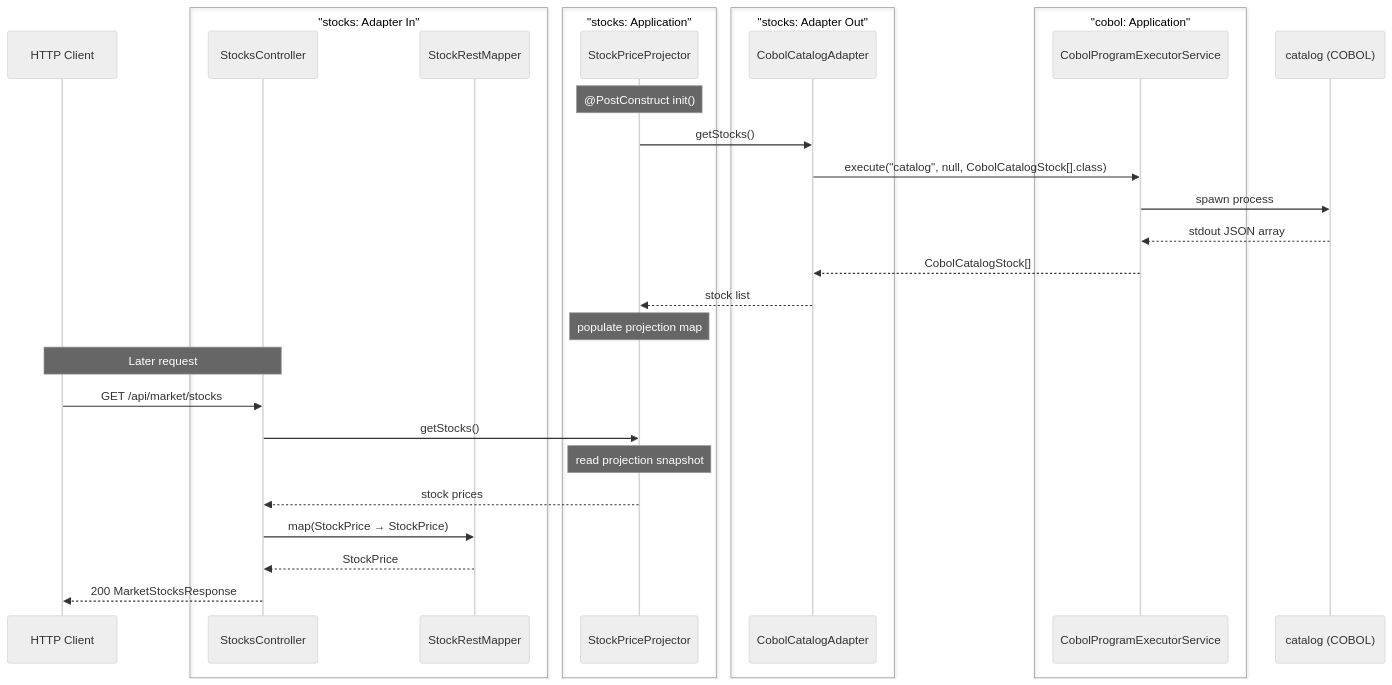
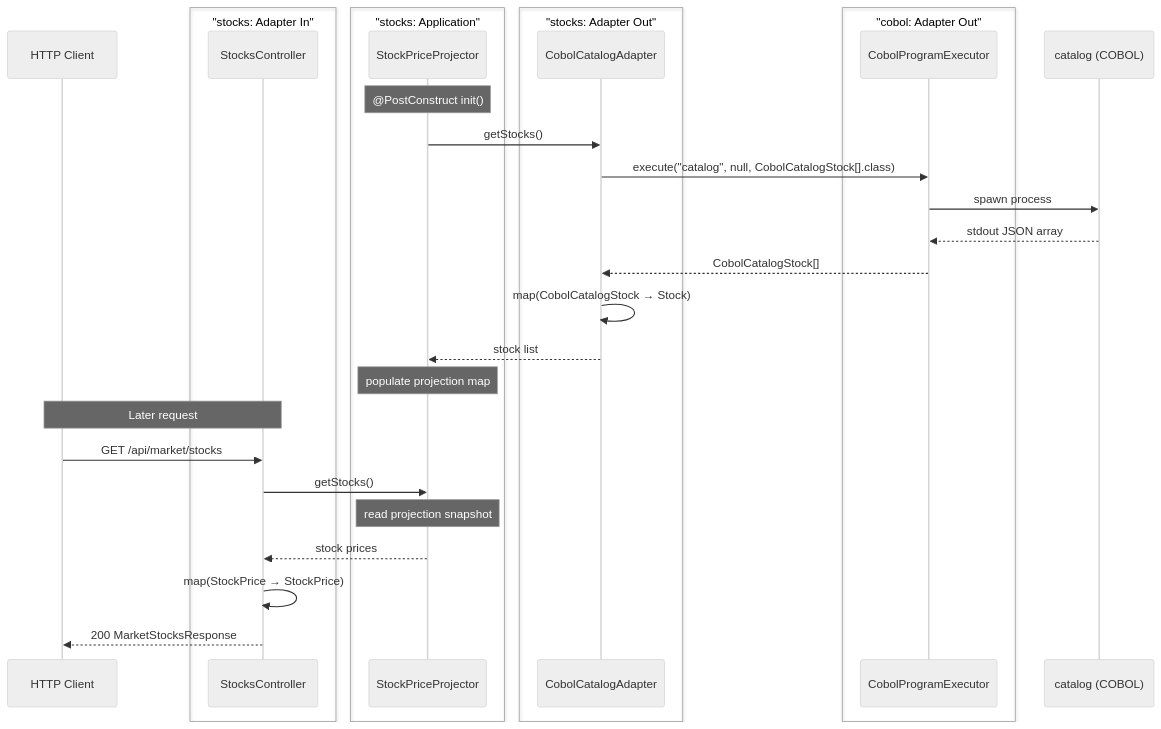
One commit to franBec/stonks-simulator changed the fourth of 7 diagrams in stonks_java/README.md. Above: the diagram before and after it, drawn with Mermaid (neutral theme). The commit also changed other lines of this file and 9 other files, not shown here.

First line of the commit message:
Fix modulith module boundaries for cobol/config and update README diagrams

````diff
--- a/stonks_java/README.md
+++ b/stonks_java/README.md
@@ -116,36 +118,35 @@
 ```mermaid
 sequenceDiagram
     participant Client as HTTP Client
     box "stocks: Adapter In"
     participant SC as StocksController
-    participant SRM as StockRestMapper
     end
     box "stocks: Application"
     participant SPP as StockPriceProjector
     end
     box "stocks: Adapter Out"
     participant CCA as CobolCatalogAdapter
     end
-    box "cobol: Application"
-    participant CPE as CobolProgramExecutorService
+    box "cobol: Adapter Out"
+    participant CPE as CobolProgramExecutor
     end
     participant COBOL as catalog (COBOL)
 
     Note over SPP: @PostConstruct init()
     SPP->>CCA: getStocks()
     CCA->>CPE: execute("catalog", null, CobolCatalogStock[].class)
     CPE->>COBOL: spawn process
     COBOL-->>CPE: stdout JSON array
     CPE-->>CCA: CobolCatalogStock[]
+    CCA->>CCA: map(CobolCatalogStock → Stock)
     CCA-->>SPP: stock list
     Note over SPP: populate projection map
 
     Note over Client,SC: Later request
     Client->>SC: GET /api/market/stocks
     SC->>SPP: getStocks()
     Note over SPP: read projection snapshot
     SPP-->>SC: stock prices
-    SC->>SRM: map(StockPrice → StockPrice)
-    SRM-->>SC: StockPrice
+    SC->>SC: map(StockPrice → StockPrice)
     SC-->>Client: 200 MarketStocksResponse
 ```
````
